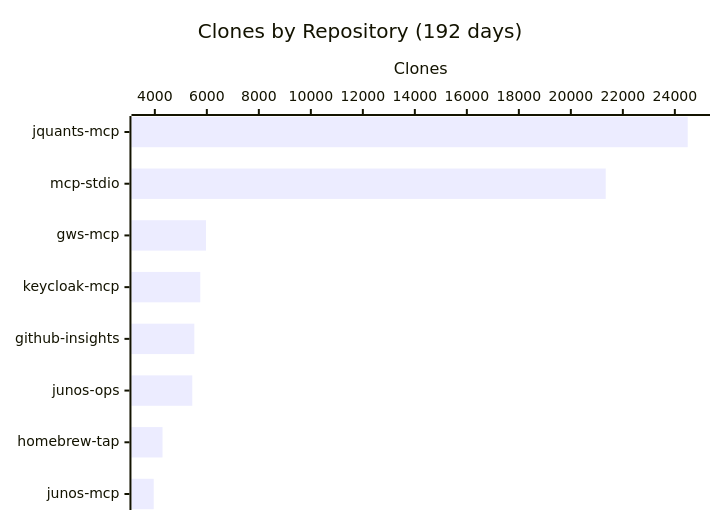
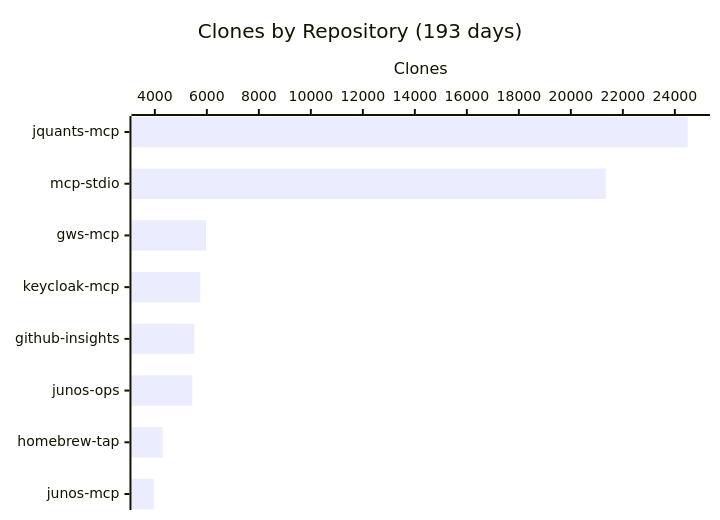
Before and after one commit to shigechika/github-insights: the fourth of 4 diagrams in README.md, drawn with Mermaid. The commit also changed other lines of this file and 2 other files, not shown here.

````diff
--- a/README.md
+++ b/README.md
@@ -58,7 +58,7 @@
 ```mermaid
 xychart-beta horizontal
-    title "Clones by Repository (192 days)"
+    title "Clones by Repository (193 days)"
     x-axis ["jquants-mcp", "mcp-stdio", "gws-mcp", "keycloak-mcp", "github-insights", "junos-ops", "homebrew-tap", "junos-mcp"]
     y-axis "Clones"
     bar [24495, 21341, 5968, 5747, 5519, 5440, 4295, 3957]
 ```
````
